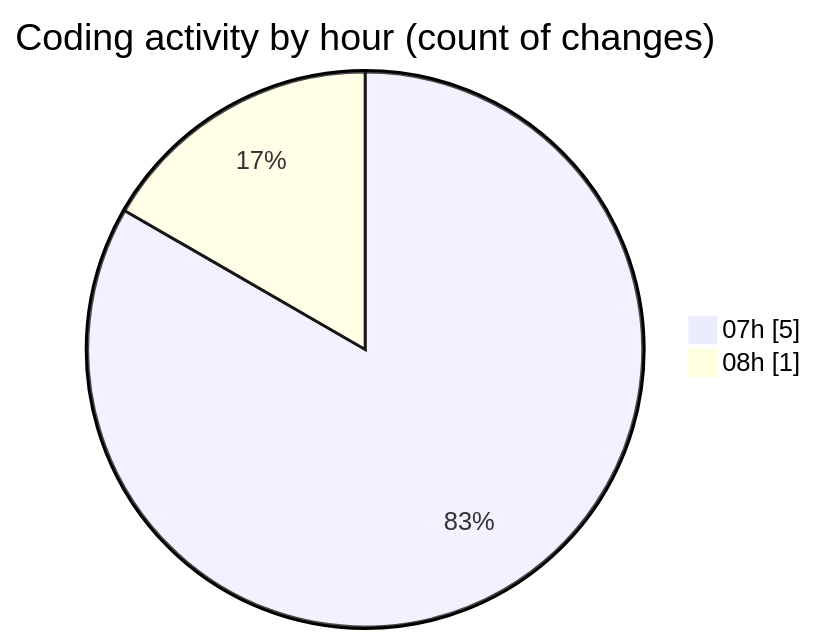
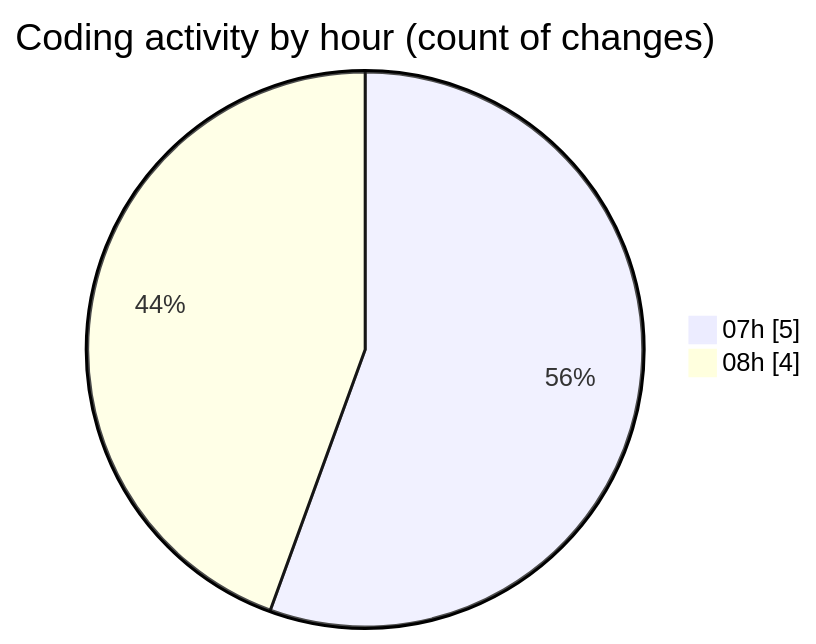
Before and after one commit to LanceThiago/code-tracking: the second of 2 diagrams in 2026-04-23/oficina/README.md, drawn with Mermaid. The commit also changed other lines of this file and 1 other file, not shown here.

````diff
--- a/2026-04-23/oficina/README.md
+++ b/2026-04-23/oficina/README.md
@@ -28,6 +28,6 @@
 ```mermaid
 pie showData
 title Coding activity by hour (count of changes)
 "07h" : 5
-"08h" : 1
+"08h" : 4
 ```
````
